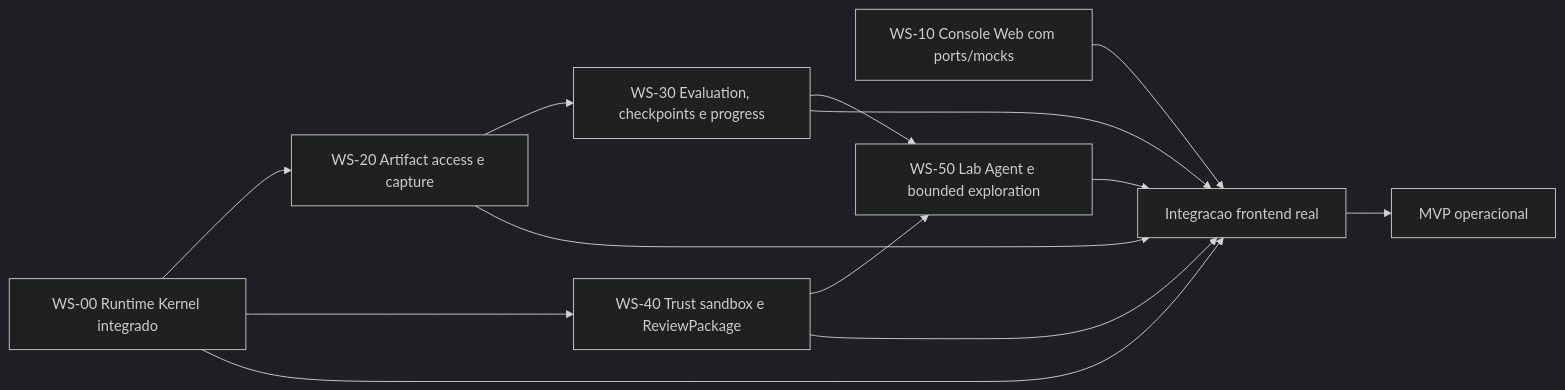
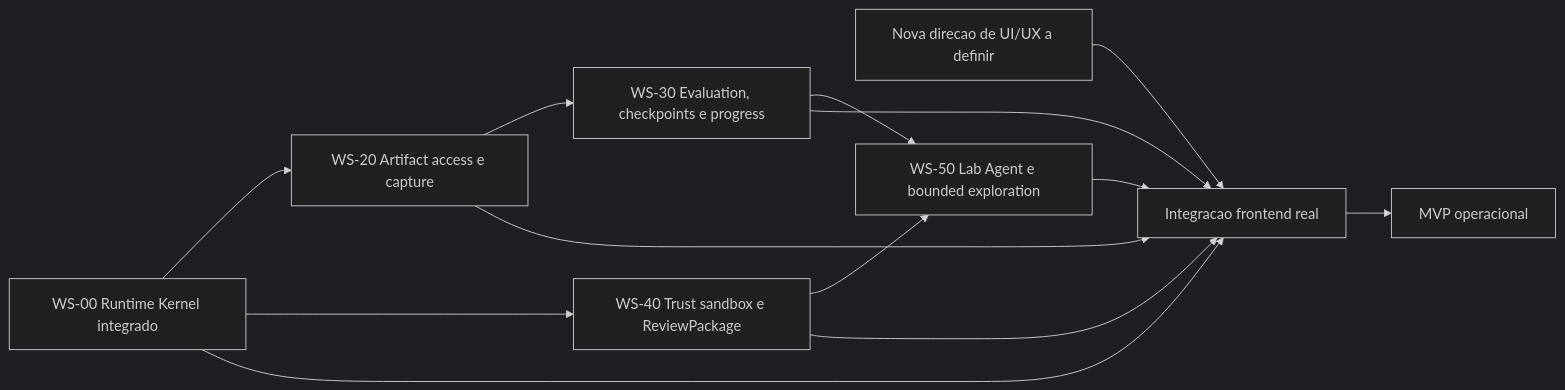
One commit to levygit837-cyber/evidrun changed the diagram in docs/planning/mvp-implementation-roadmap.md. Above: the diagram before and after it, drawn with Mermaid (dark theme). The commit also changed other lines of this file and 326 other files, not shown here.

````diff
--- a/docs/planning/mvp-implementation-roadmap.md
+++ b/docs/planning/mvp-implementation-roadmap.md
@@ -86,15 +86,15 @@
 ```mermaid
 flowchart LR
     W0["WS-00 Runtime Kernel integrado"] --> W2["WS-20 Artifact access e capture"]
     W0 --> W4["WS-40 Trust sandbox e ReviewPackage"]
-    W1["WS-10 Console Web com ports/mocks"] --> W6["Integracao frontend real"]
+    W1["Nova direcao de UI/UX a definir"] --> W6["Integracao frontend real"]
     W2 --> W3["WS-30 Evaluation, checkpoints e progress"]
     W4 --> W5["WS-50 Lab Agent e bounded exploration"]
     W3 --> W5
     W0 --> W6
     W2 --> W6
     W3 --> W6
     W4 --> W6
     W5 --> W6
     W6 --> MVP["MVP operacional"]
 ```
````
